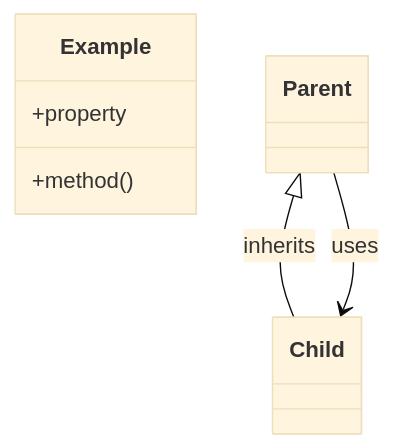
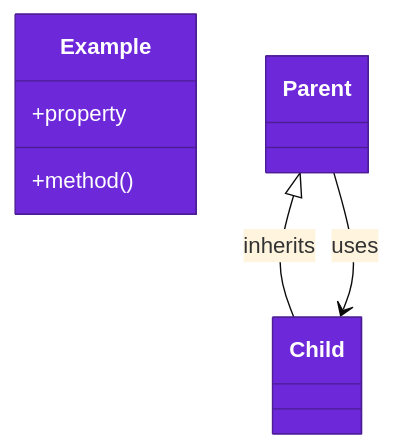
The second of 2 diagrams in docs/architecture/04-code.md (may-journal/journey), drawn with Mermaid (base theme) before and after one commit. The commit also changed other lines of this file and 4 other files, not shown here.

First line of the commit message:
docs(architecture): draw each view in its level's form and palette (#17)

````diff
--- a/docs/architecture/04-code.md
+++ b/docs/architecture/04-code.md
@@ -29,11 +33,15 @@
 ```mermaid
 classDiagram
     class Example {
         +property
         +method()
     }
     class Parent
     class Child
     Parent <|-- Child : inherits
     Parent --> Child : uses
+
+    style Example fill:#6d28d9,stroke:#4c1d95,color:#ffffff
+    style Parent fill:#6d28d9,stroke:#4c1d95,color:#ffffff
+    style Child fill:#6d28d9,stroke:#4c1d95,color:#ffffff
 ```
````
